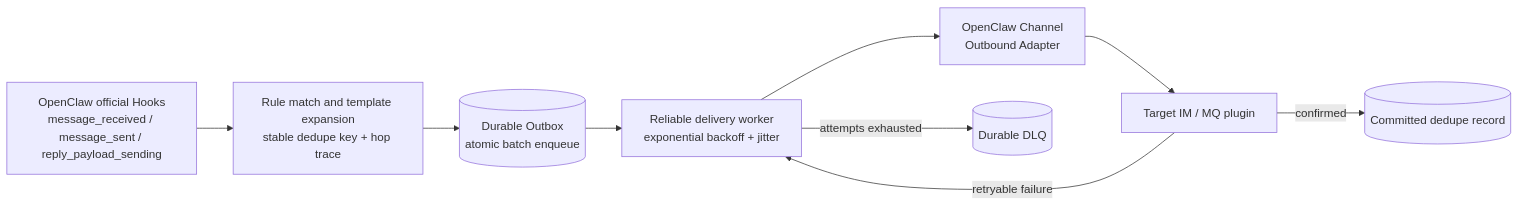
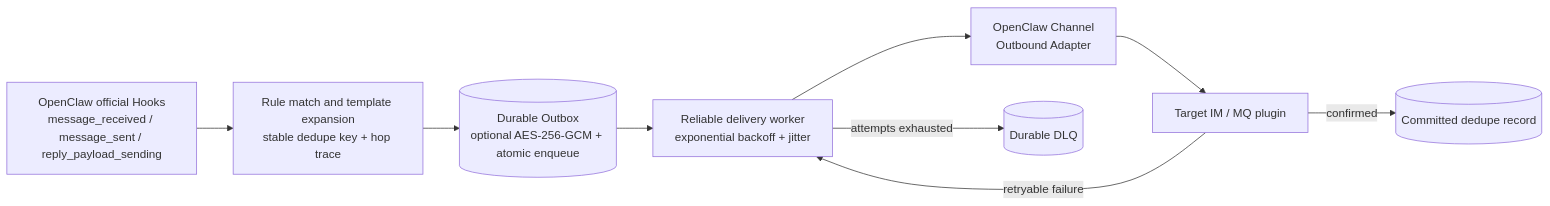
The first of 2 diagrams in extensions/router/README.md (partme-ai/openclaw-plugins), drawn with Mermaid before and after one commit. The commit also changed other lines of this file and 14 other files, not shown here.

````diff
--- a/extensions/router/README.md
+++ b/extensions/router/README.md
@@ -54,16 +54,16 @@
 ```mermaid
 flowchart LR
     Hooks["OpenClaw official Hooks<br/>message_received / message_sent / reply_payload_sending"]
     Match["Rule match and template expansion<br/>stable dedupe key + hop trace"]
-    Outbox[("Durable Outbox<br/>atomic batch enqueue")]
+    Outbox[("Durable Outbox<br/>optional AES-256-GCM + atomic enqueue")]
     Worker["Reliable delivery worker<br/>exponential backoff + jitter"]
     Adapter["OpenClaw Channel<br/>Outbound Adapter"]
     Target["Target IM / MQ plugin"]
     Dedupe[("Committed dedupe record")]
     DLQ[("Durable DLQ")]
 
     Hooks --> Match --> Outbox --> Worker --> Adapter --> Target
     Target -->|"confirmed"| Dedupe
     Target -->|"retryable failure"| Worker
     Worker -->|"attempts exhausted"| DLQ
 ```
````
